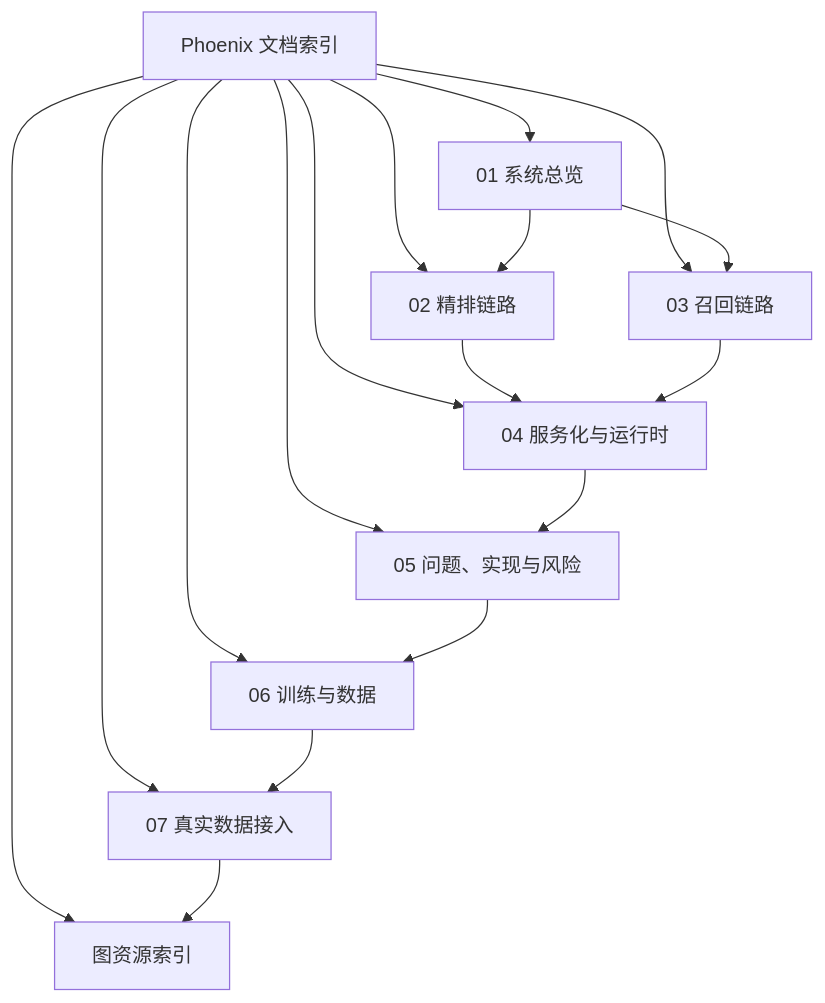
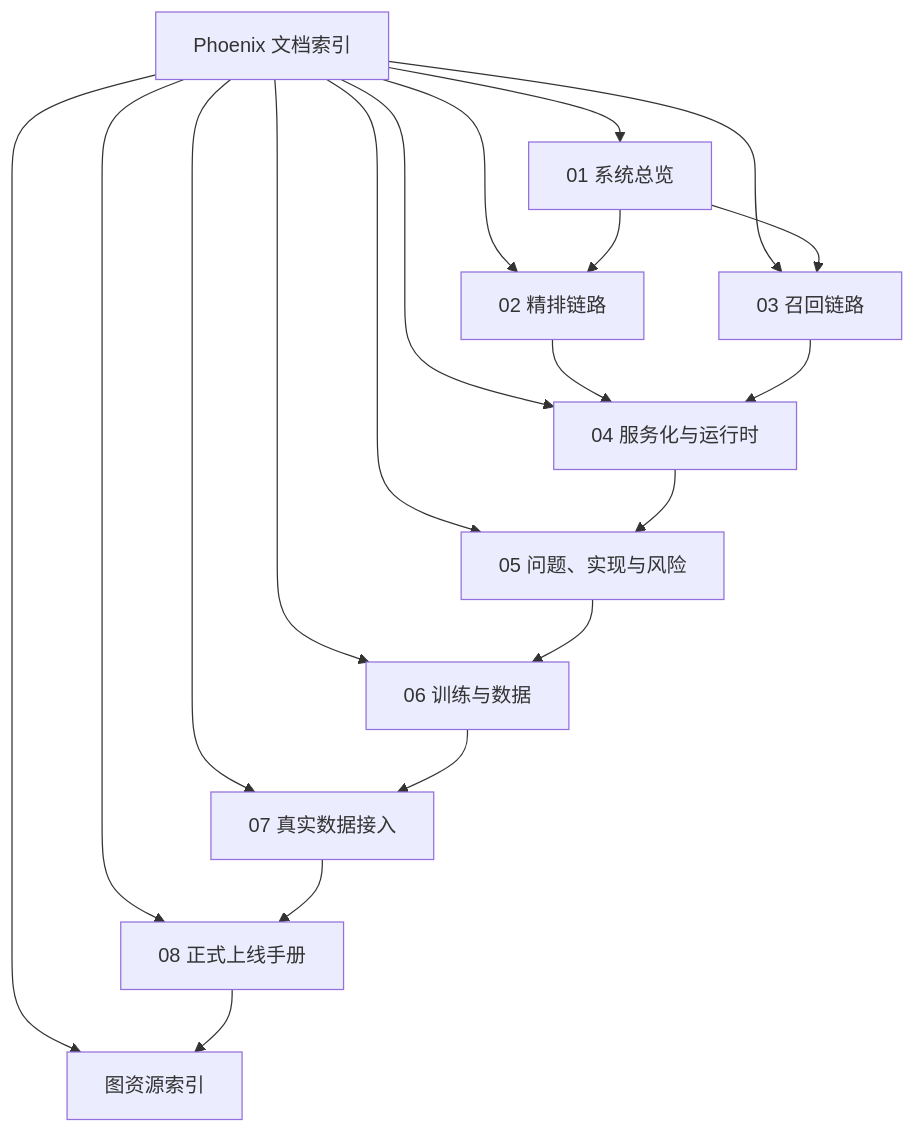
Before and after one commit to freefcw/x-algorithm: the first of 2 diagrams in docs/phoenix/README.md, drawn with Mermaid. The commit also changed other lines of this file and 1 other file, not shown here.

Commit message:
docs(phoenix): 新增生产上线手册

````diff
--- a/docs/phoenix/README.md
+++ b/docs/phoenix/README.md
@@ -24,20 +25,22 @@
 ```mermaid
 graph TD
     A[Phoenix 文档索引] --> B[01 系统总览]
     A --> C[02 精排链路]
     A --> D[03 召回链路]
     A --> E[04 服务化与运行时]
     A --> F[05 问题、实现与风险]
     A --> G[06 训练与数据]
     A --> H[07 真实数据接入]
-    A --> I[图资源索引]
+    A --> I[08 正式上线手册]
+    A --> J[图资源索引]
 
     B --> C
     B --> D
     C --> E
     D --> E
     E --> F
     F --> G
     G --> H
     H --> I
+    I --> J
 ```
````
